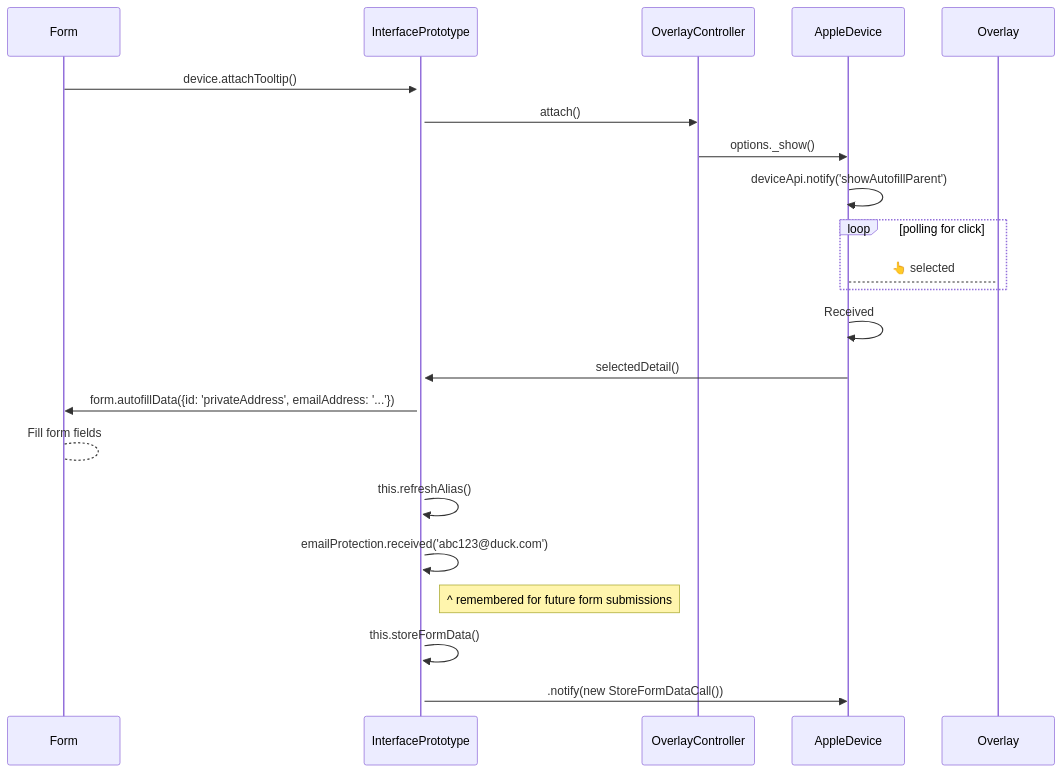
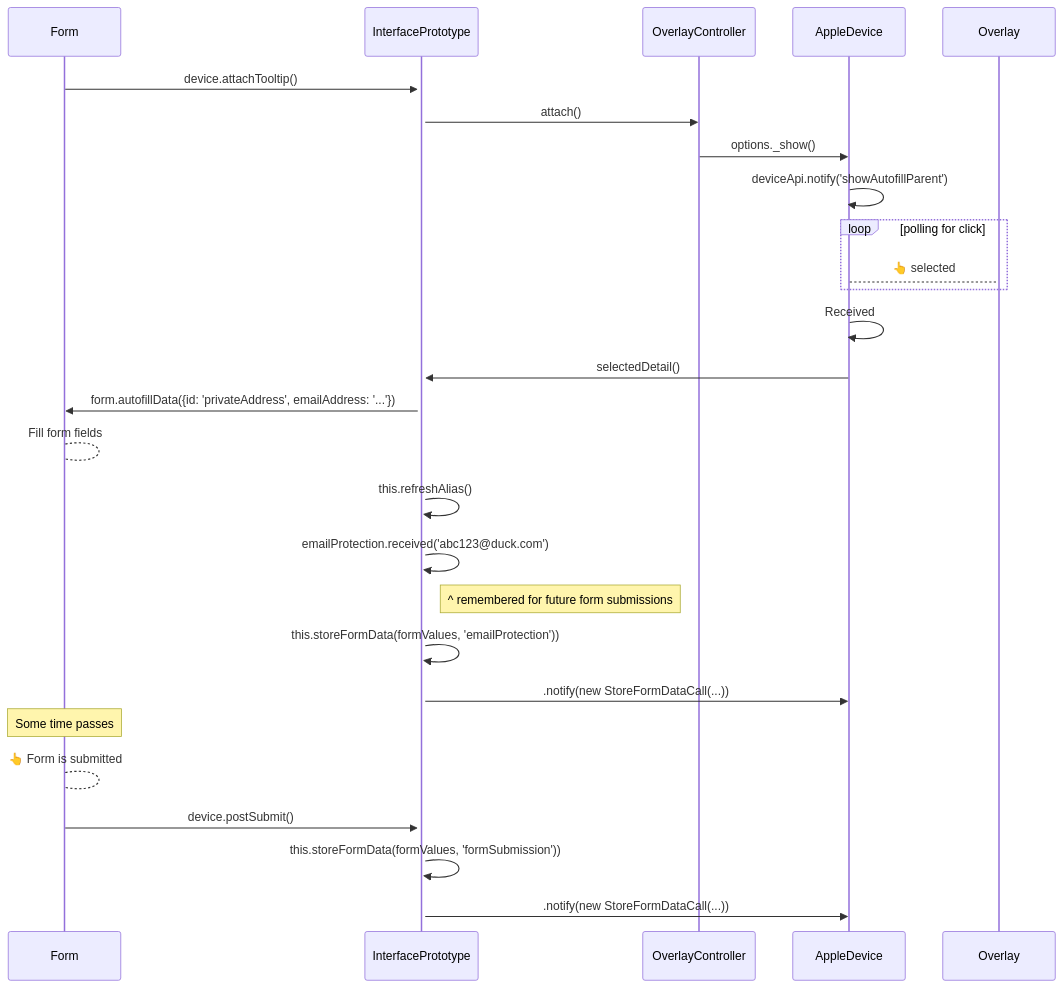
Before and after one commit to duckduckgo/duckduckgo-autofill: the diagram in docs/runtime.macos.md, drawn with Mermaid. The commit also changed 1 other file, not shown here.

Commit message:
docs: more details in macos/mobile diagrams

````diff
--- a/docs/runtime.macos.md
+++ b/docs/runtime.macos.md
@@ -60,19 +60,25 @@
 ```mermaid
 sequenceDiagram
     Form->>+InterfacePrototype: device.attachTooltip()
     InterfacePrototype->>OverlayController: attach()
     OverlayController->>AppleDevice: options._show()
     AppleDevice->>AppleDevice: deviceApi.notify('showAutofillParent')
     loop polling for click
         AppleDevice-->Overlay: 👆 selected
     end
     AppleDevice->>AppleDevice: Received
     AppleDevice->>InterfacePrototype: selectedDetail()
     InterfacePrototype->>Form: form.autofillData({id: 'privateAddress', emailAddress: '...'})
     Form-->Form: Fill form fields
     InterfacePrototype->>InterfacePrototype: this.refreshAlias()
     InterfacePrototype->>InterfacePrototype: emailProtection.received('abc123@duck.com')
     Note right of InterfacePrototype: ^ remembered for future form submissions
-    InterfacePrototype->>InterfacePrototype: this.storeFormData()
-    InterfacePrototype->>AppleDevice: .notify(new StoreFormDataCall())
+    InterfacePrototype->>InterfacePrototype: this.storeFormData(formValues, 'emailProtection'))
+    InterfacePrototype->>AppleDevice: .notify(new StoreFormDataCall(...))
+    Note over Form: Some time passes
+    Form-->Form: 👆 Form is submitted
+    Form->>InterfacePrototype: device.postSubmit()
+    InterfacePrototype->>InterfacePrototype: this.storeFormData(formValues, 'formSubmission'))
+    InterfacePrototype->>AppleDevice: .notify(new StoreFormDataCall(...))
+    
 ```
````
